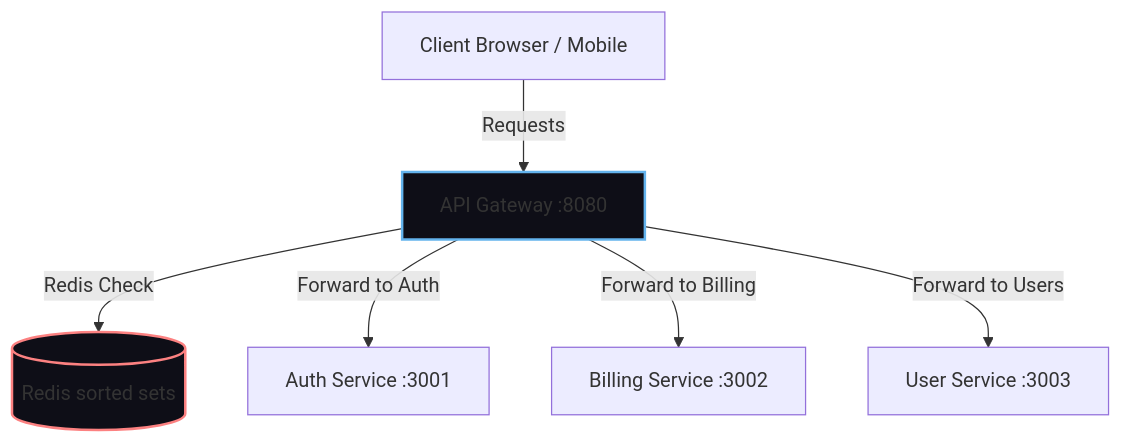
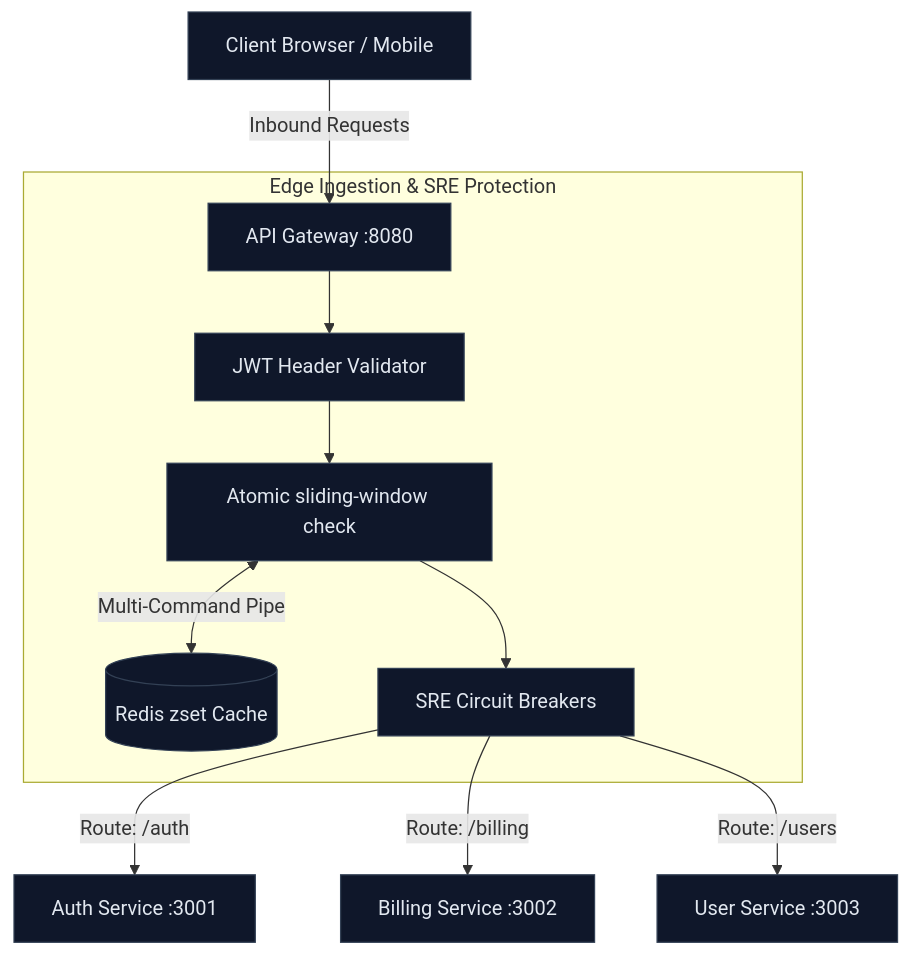
One commit to harsharajkumar-273/API-gateway changed the diagram in README.md. Above: the diagram before and after it, drawn with Mermaid. The commit also changed other lines of this file, not shown here.

Commit message:
Optimize README with Mermaid architecture and system metrics

````diff
--- a/README.md
+++ b/README.md
@@ -9,11 +18,19 @@
 ```mermaid
-graph TD
-    Client[Client Browser / Mobile] -->|Requests| Gateway[API Gateway :8080]
-    Gateway -->|Redis Check| Redis[(Redis sorted sets)]
-    Gateway -->|Forward to Auth| AuthSvc[Auth Service :3001]
-    Gateway -->|Forward to Billing| BillSvc[Billing Service :3002]
-    Gateway -->|Forward to Users| UserSvc[User Service :3003]
+flowchart TD
+    Client[Client Browser / Mobile] -->|Inbound Requests| Gateway[API Gateway :8080]
+    
+    subgraph Gateway Internals [Edge Ingestion & SRE Protection]
+        Gateway --> Auth[JWT Header Validator]
+        Auth --> Rate[Atomic sliding-window check]
+        Rate <-->|Multi-Command Pipe| Redis[(Redis zset Cache)]
+        
+        Rate --> CB[SRE Circuit Breakers]
+    end
+    
+    CB -->|Route: /auth| AuthSvc[Auth Service :3001]
+    CB -->|Route: /billing| BillSvc[Billing Service :3002]
+    CB -->|Route: /users| UserSvc[User Service :3003]
 
-    style Gateway fill:#0e0e17,stroke:#63b3ed,stroke-width:2px;
-    style Redis fill:#0e0e17,stroke:#fc8181,stroke-width:2px;
+    classDef default fill:#0f172a,stroke:#334155,stroke-width:1px,color:#e2e8f0;
+    class Gateway,Redis,AuthSvc,BillSvc,UserSvc fill:#1e293b,stroke:#0d9488,stroke-width:2px;
 ```
````
